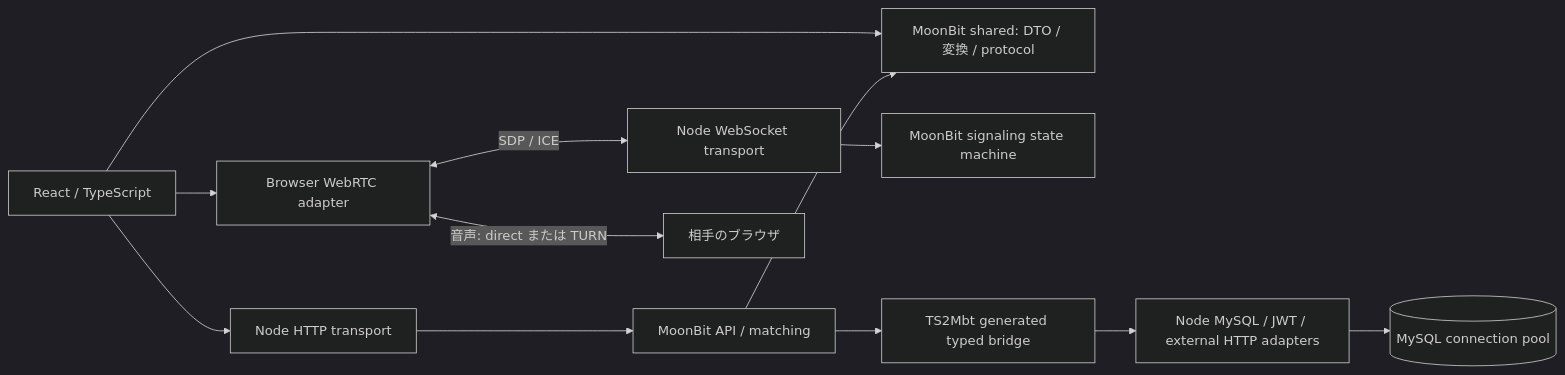
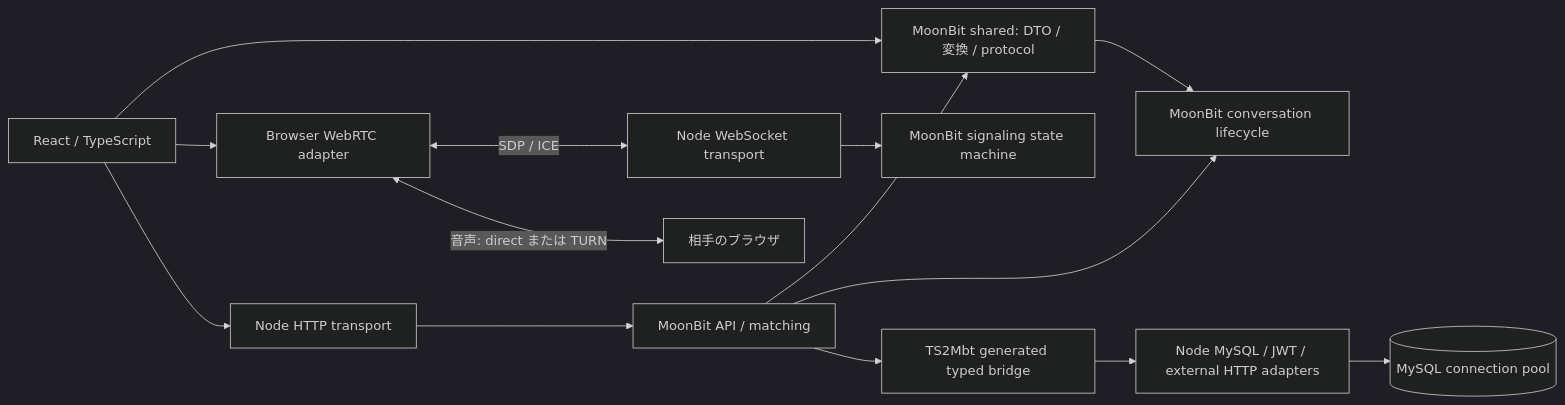
One commit to Hosi121/SpeakUp-moonbit changed the diagram in docs/migration.md. Above: the diagram before and after it, drawn with Mermaid (dark theme). The commit also changed other lines of this file and 55 other files, not shown here.

````diff
--- a/docs/migration.md
+++ b/docs/migration.md
@@ -7,14 +7,16 @@
 ```mermaid
 flowchart LR
   UI[React / TypeScript] --> S[MoonBit shared: DTO / 変換 / protocol]
   UI --> B[Browser WebRTC adapter]
   B <-->|SDP / ICE| W[Node WebSocket transport]
   W --> H[MoonBit signaling state machine]
   UI --> N[Node HTTP transport]
   N --> A[MoonBit API / matching]
   A --> S
+  A --> C[MoonBit conversation lifecycle]
+  S --> C
   A --> G[TS2Mbt generated typed bridge]
   G --> IO[Node MySQL / JWT / external HTTP adapters]
   IO --> DB[(MySQL connection pool)]
   B <-->|音声: direct または TURN| P[相手のブラウザ]
 ```
````
